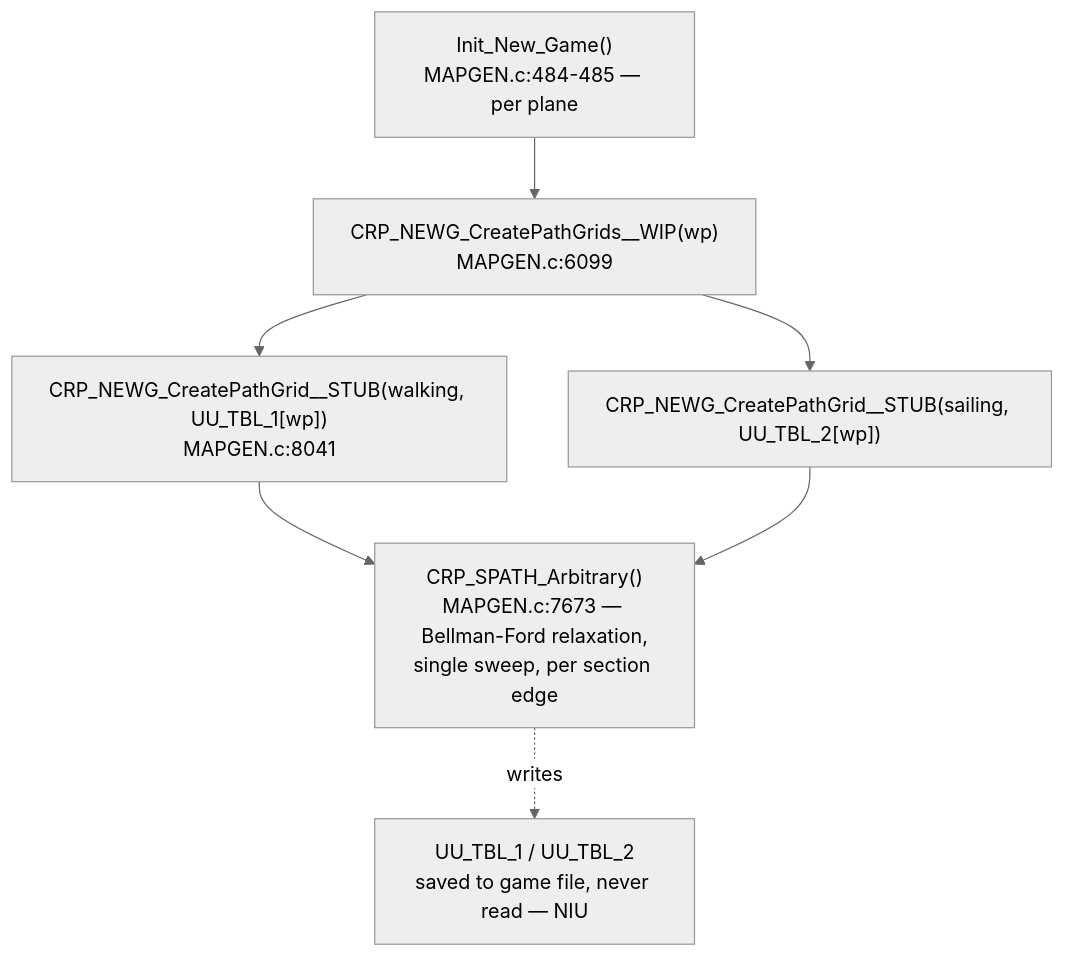
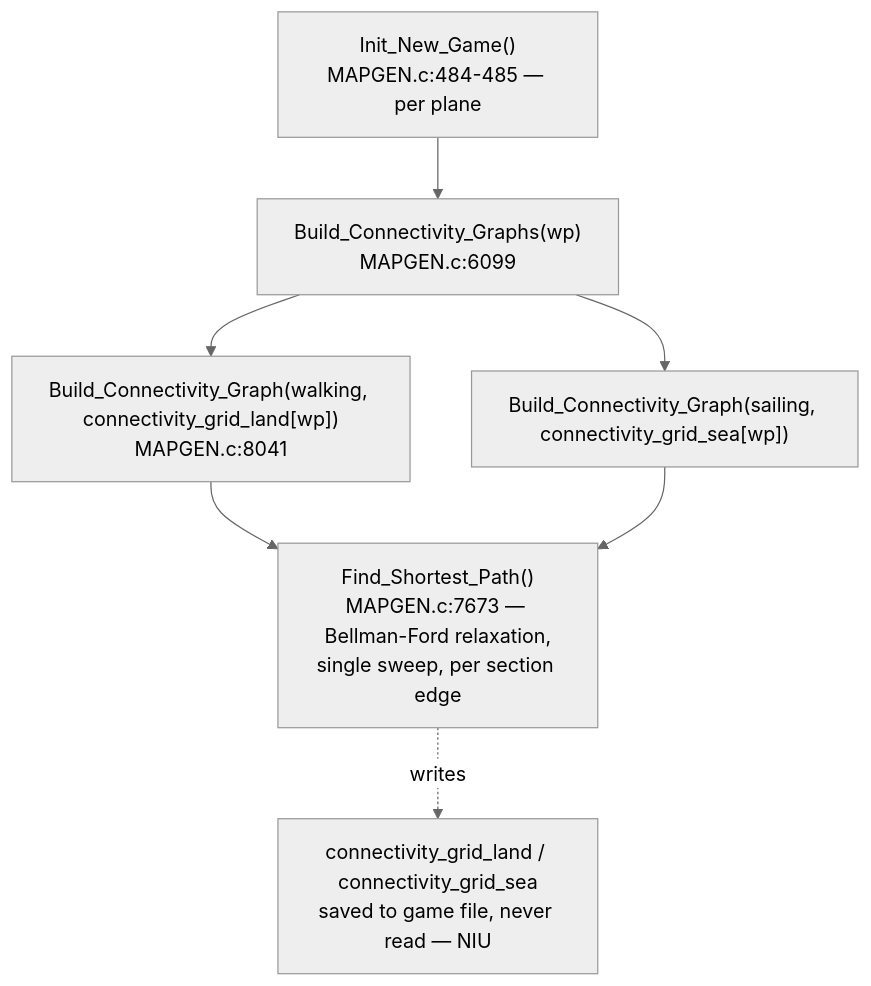
The third of 3 diagrams in doc/PathFinding/MoM-MovePath-Compare.md (jbalcomb/ReMoM), drawn with Mermaid (neutral theme) before and after one commit. The commit also changed other lines of this file and 35 other files, not shown here.

Commit message:
done-done Build_Connectivity_Graphs()

````diff
--- a/doc/PathFinding/MoM-MovePath-Compare.md
+++ b/doc/PathFinding/MoM-MovePath-Compare.md
@@ -104,9 +104,9 @@
 ```mermaid
 flowchart TD
-    N0["Init_New_Game()<br/>MAPGEN.c:484-485 — per plane"] --> N1["CRP_NEWG_CreatePathGrids__WIP(wp)<br/>MAPGEN.c:6099"]
-    N1 --> N2w["CRP_NEWG_CreatePathGrid__STUB(walking, UU_TBL_1[wp])<br/>MAPGEN.c:8041"]
-    N1 --> N2s["CRP_NEWG_CreatePathGrid__STUB(sailing, UU_TBL_2[wp])"]
-    N2w --> N3["CRP_SPATH_Arbitrary()<br/>MAPGEN.c:7673 — Bellman-Ford relaxation,<br/>single sweep, per section edge"]
+    N0["Init_New_Game()<br/>MAPGEN.c:484-485 — per plane"] --> N1["Build_Connectivity_Graphs(wp)<br/>MAPGEN.c:6099"]
+    N1 --> N2w["Build_Connectivity_Graph(walking, connectivity_grid_land[wp])<br/>MAPGEN.c:8041"]
+    N1 --> N2s["Build_Connectivity_Graph(sailing, connectivity_grid_sea[wp])"]
+    N2w --> N3["Find_Shortest_Path()<br/>MAPGEN.c:7673 — Bellman-Ford relaxation,<br/>single sweep, per section edge"]
     N2s --> N3
-    N3 -. writes .-> D["UU_TBL_1 / UU_TBL_2<br/>saved to game file, never read — NIU"]
+    N3 -. writes .-> D["connectivity_grid_land / connectivity_grid_sea<br/>saved to game file, never read — NIU"]
 ```
````
